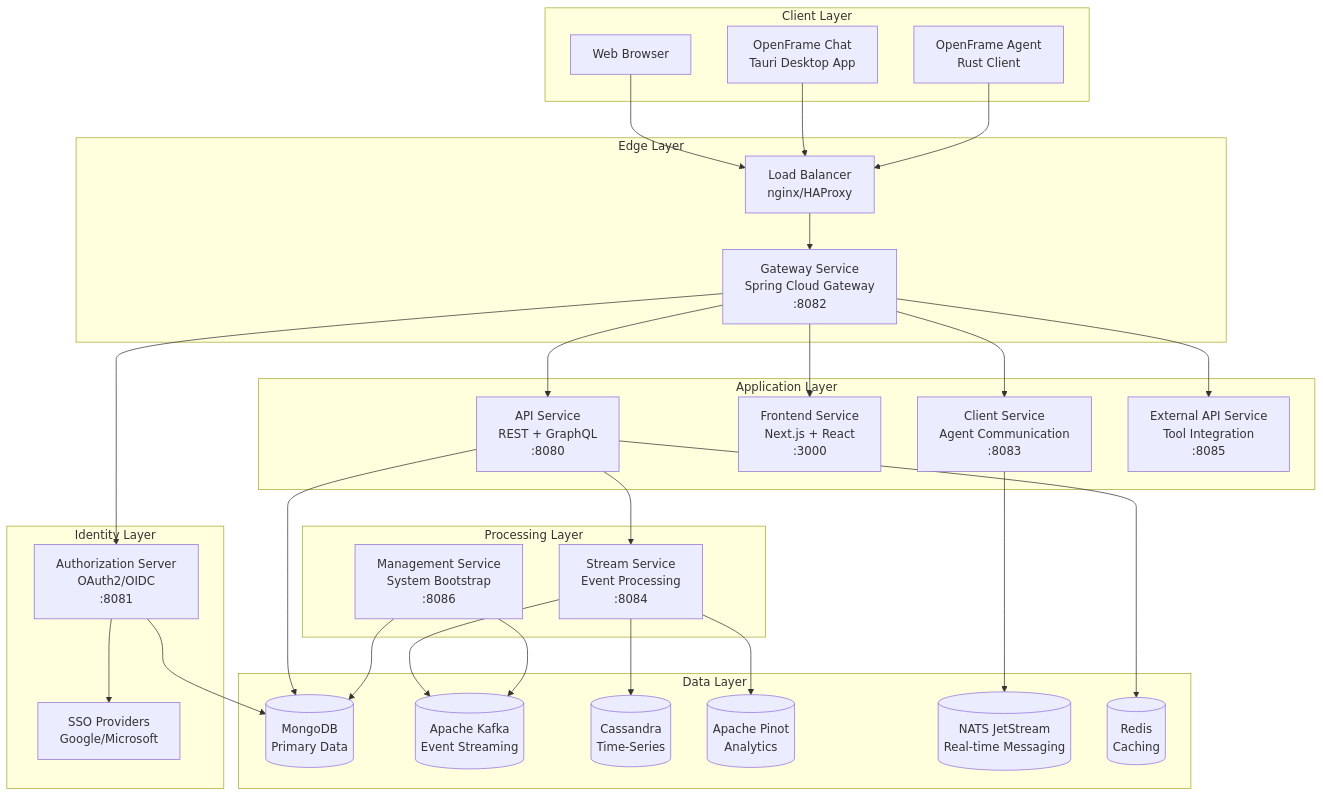
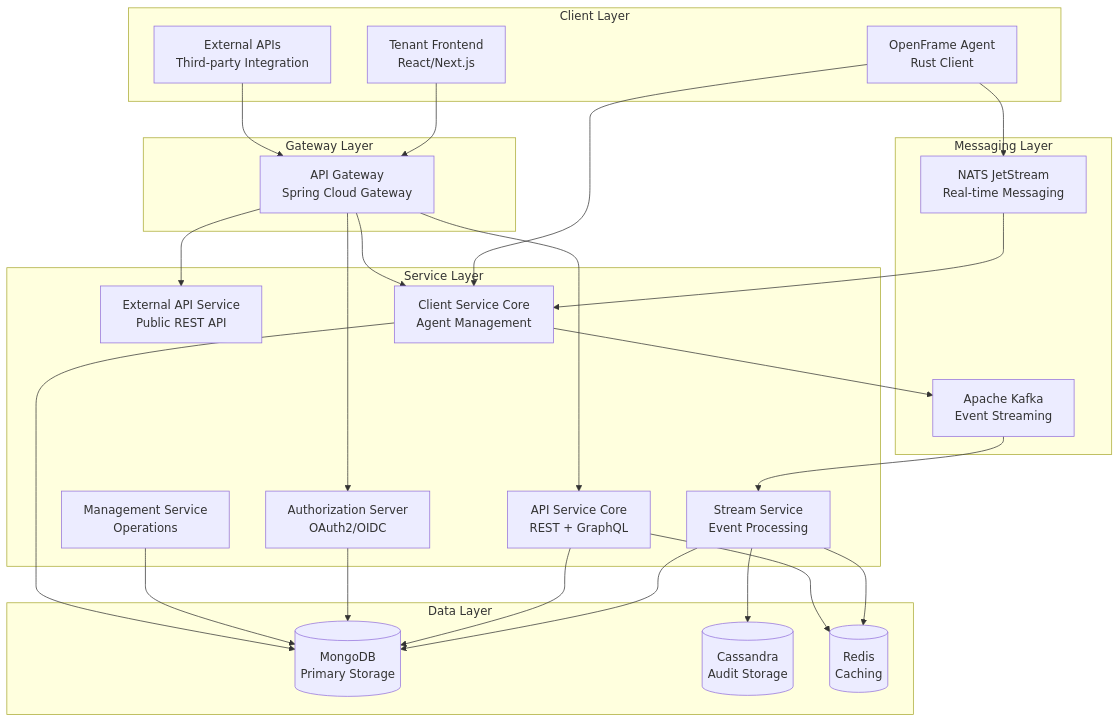
The first of 11 diagrams in docs/development/architecture/README.md (Praesto-Pro/openframe-oss-tenant), drawn with Mermaid before and after one commit. The commit also changed other lines of this file and 214 other files, not shown here.

````diff
--- a/docs/development/architecture/README.md
+++ b/docs/development/architecture/README.md
@@ -7,65 +11,56 @@
 ```mermaid
 flowchart TB
     subgraph "Client Layer"
-        Browser[Web Browser]
-        ChatClient[OpenFrame Chat<br/>Tauri Desktop App]
-        AgentClient[OpenFrame Agent<br/>Rust Client]
+        Browser[Tenant Frontend<br/>React/Next.js]
+        Agent[OpenFrame Agent<br/>Rust Client]
+        ExternalClient[External APIs<br/>Third-party Integration]
     end
 
-    subgraph "Edge Layer"
-        Gateway[Gateway Service<br/>Spring Cloud Gateway<br/>:8082]
-        LB[Load Balancer<br/>nginx/HAProxy]
+    subgraph "Gateway Layer"
+        Gateway[API Gateway<br/>Spring Cloud Gateway]
     end
 
-    subgraph "Identity Layer"
-        Auth[Authorization Server<br/>OAuth2/OIDC<br/>:8081]
-        SSO[SSO Providers<br/>Google/Microsoft]
+    subgraph "Service Layer"
+        AuthZ[Authorization Server<br/>OAuth2/OIDC]
+        API[API Service Core<br/>REST + GraphQL]
+        External[External API Service<br/>Public REST API]
+        Client[Client Service Core<br/>Agent Management]
+        Management[Management Service<br/>Operations]
+        Stream[Stream Service<br/>Event Processing]
     end
 
-    subgraph "Application Layer"
-        API[API Service<br/>REST + GraphQL<br/>:8080]
-        Frontend[Frontend Service<br/>Next.js + React<br/>:3000]
-        Client[Client Service<br/>Agent Communication<br/>:8083]
-        External[External API Service<br/>Tool Integration<br/>:8085]
-    end
-
-    subgraph "Processing Layer"
-        Stream[Stream Service<br/>Event Processing<br/>:8084]
-        Management[Management Service<br/>System Bootstrap<br/>:8086]
+    subgraph "Messaging Layer"
+        NATS[NATS JetStream<br/>Real-time Messaging]
+        Kafka[Apache Kafka<br/>Event Streaming]
     end
 
     subgraph "Data Layer"
-        Mongo[(MongoDB<br/>Primary Data)]
-        Kafka[(Apache Kafka<br/>Event Streaming)]
-        Cassandra[(Cassandra<br/>Time-Series)]
-        Pinot[(Apache Pinot<br/>Analytics)]
-        NATS[(NATS JetStream<br/>Real-time Messaging)]
+        MongoDB[(MongoDB<br/>Primary Storage)]
+        Cassandra[(Cassandra<br/>Audit Storage)]
         Redis[(Redis<br/>Caching)]
     end
 
-    Browser --> LB
-    ChatClient --> LB
-    AgentClient --> LB
-    LB --> Gateway
-    
-    Gateway --> Auth
+    Browser --> Gateway
+    Agent --> Client
+    Agent --> NATS
+    ExternalClient --> Gateway
+
+    Gateway --> AuthZ
     Gateway --> API
-    Gateway --> Frontend
+    Gateway --> External
     Gateway --> Client
-    Gateway --> External
-    
-    Auth --> SSO
-    Auth --> Mongo
-    
-    API --> Stream
-    API --> Mongo
-    Stream --> Kafka
+
+    NATS --> Client
+    Client --> Kafka
+    Kafka --> Stream
     Stream --> Cassandra
-    Stream --> Pinot
-    
-    Client --> NATS
-    Management --> Kafka
-    Management --> Mongo
-    
+    Stream --> MongoDB
+
+    API --> MongoDB
+    AuthZ --> MongoDB
+    Management --> MongoDB
+    Client --> MongoDB
+
+    Stream --> Redis
     API --> Redis
 ```
````
